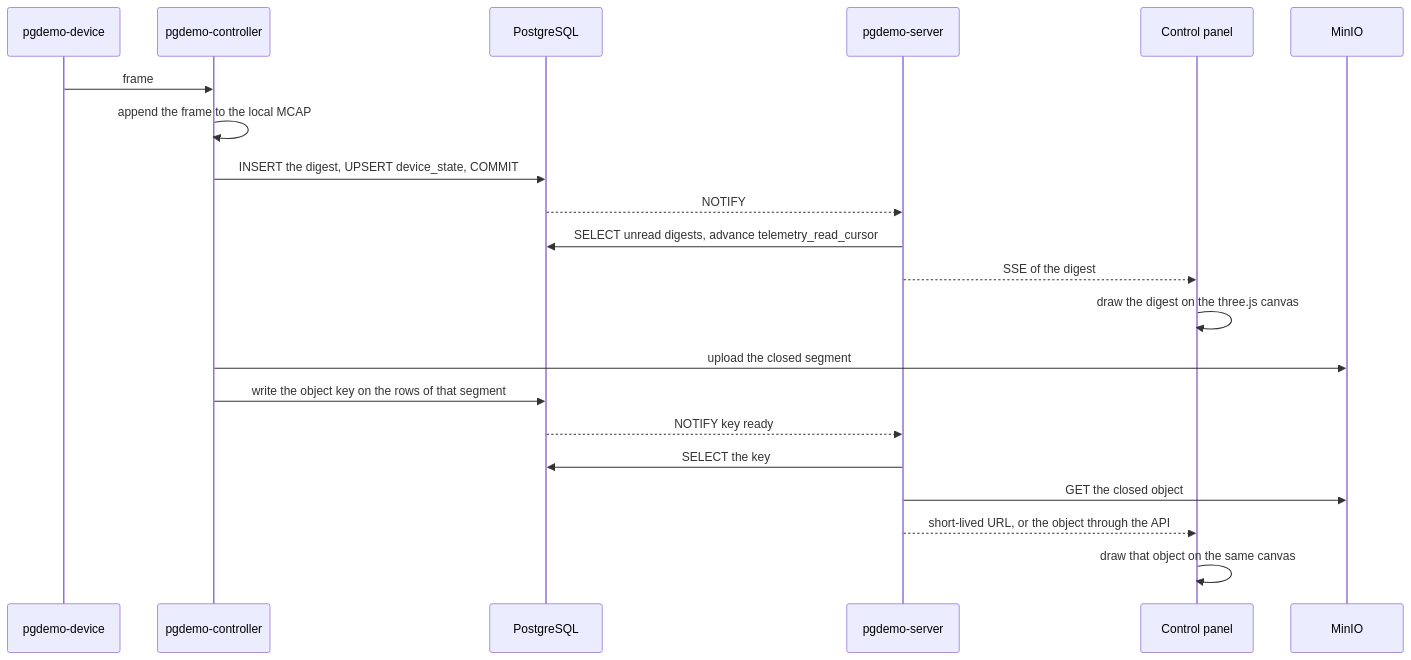
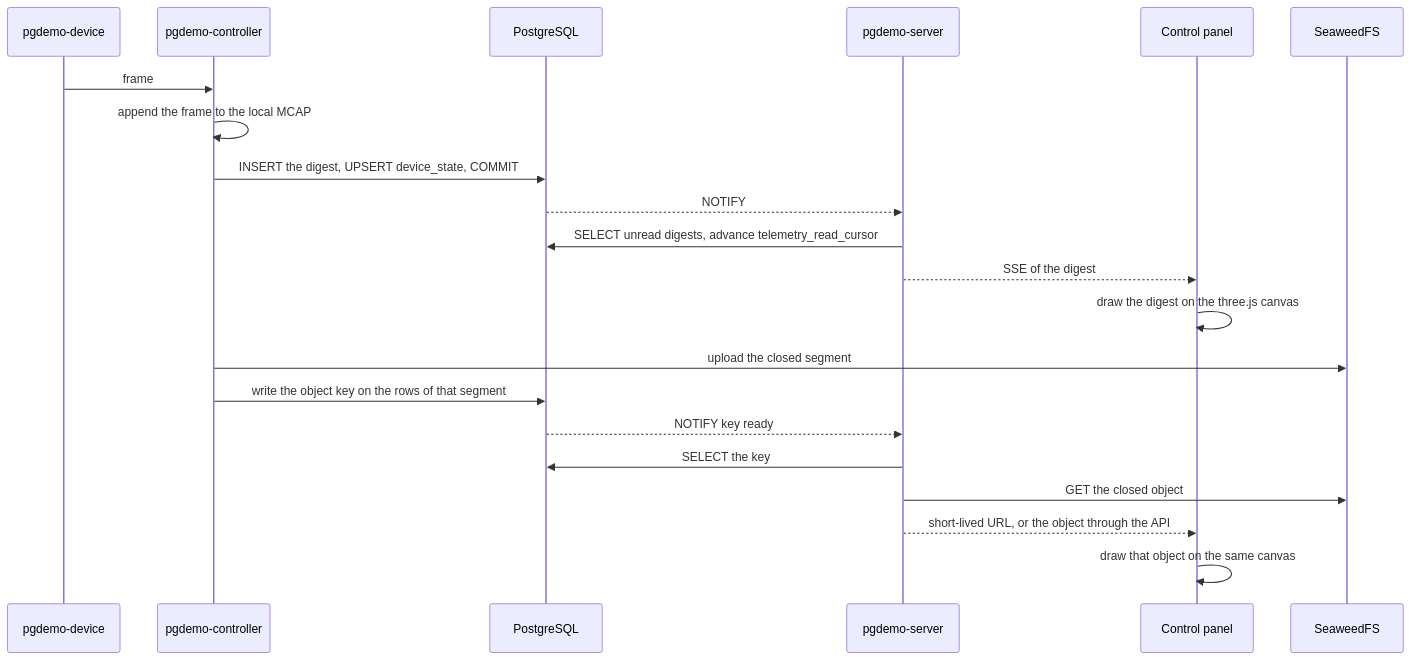
One commit to jgmatu/postgresql changed the second of 5 diagrams in TODO.md. Above: the diagram before and after it, drawn with Mermaid. The commit also changed other lines of this file, not shown here.

Commit message:
Use SeaweedFS for the fat telemetry body and keep PostgreSQL as the clock between the two processes.

````diff
--- a/TODO.md
+++ b/TODO.md
@@ -63,24 +65,24 @@
 ```mermaid
 sequenceDiagram
     participant worker as pgdemo-device
     participant controller as pgdemo-controller
     participant db as PostgreSQL
     participant server as pgdemo-server
     participant panel as Control panel
-    participant store as MinIO
+    participant store as SeaweedFS
 
     worker->>controller: frame
     controller->>controller: append the frame to the local MCAP
     controller->>db: INSERT the digest, UPSERT device_state, COMMIT
     db-->>server: NOTIFY
     server->>db: SELECT unread digests, advance telemetry_read_cursor
     server-->>panel: SSE of the digest
     panel->>panel: draw the digest on the three.js canvas
     controller->>store: upload the closed segment
     controller->>db: write the object key on the rows of that segment
     db-->>server: NOTIFY key ready
     server->>db: SELECT the key
     server->>store: GET the closed object
     server-->>panel: short-lived URL, or the object through the API
     panel->>panel: draw that object on the same canvas
 ```
````
